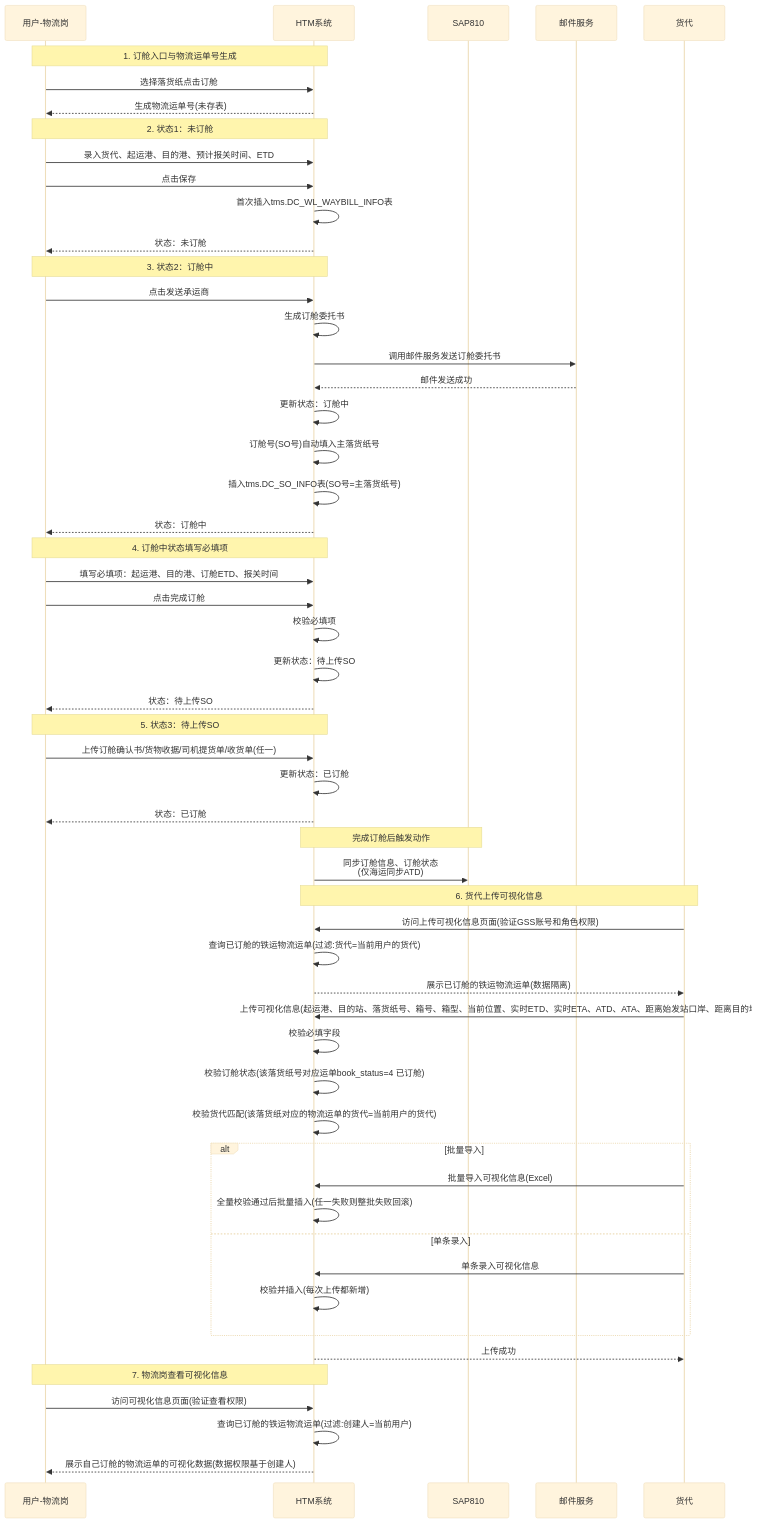
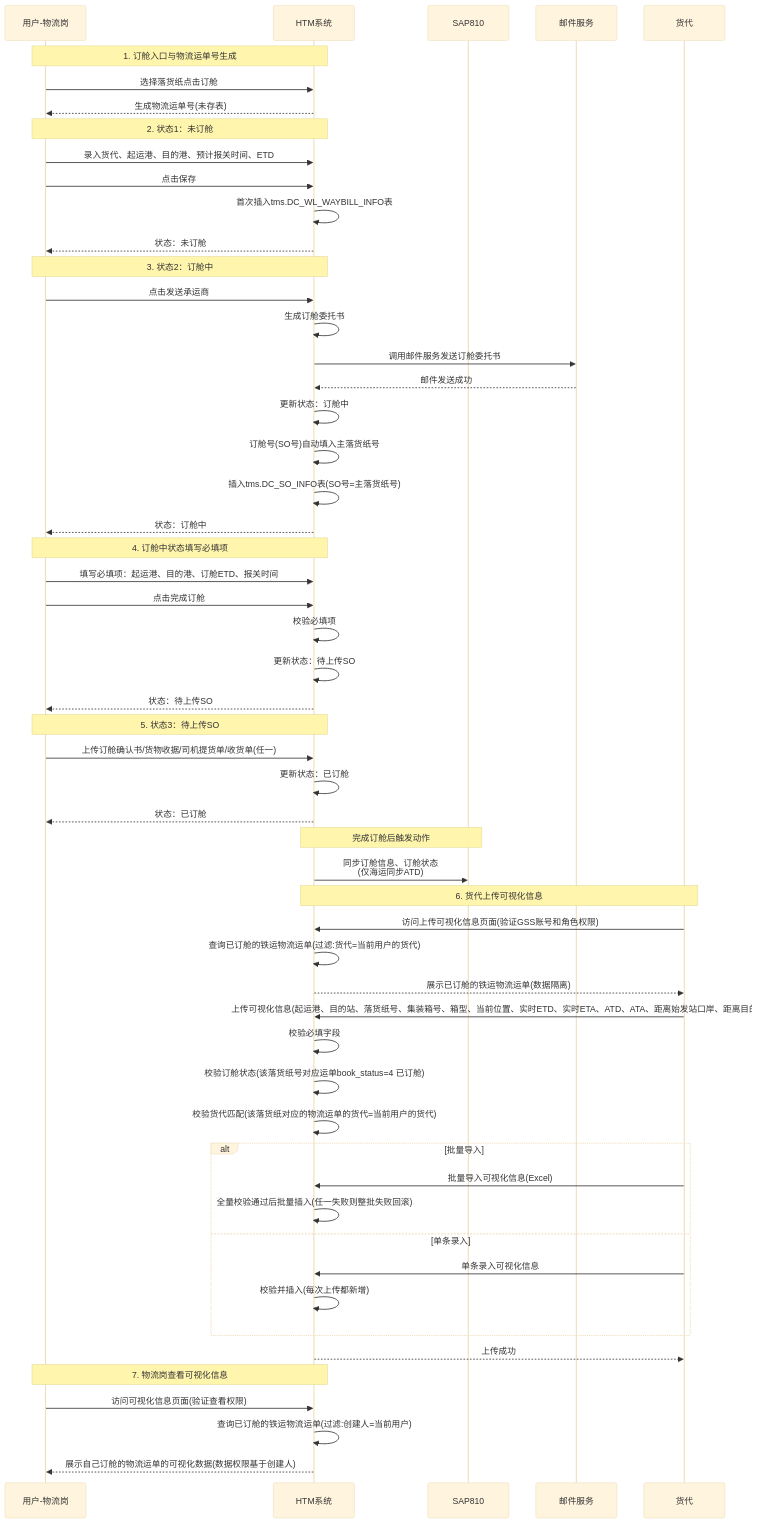
The first of 4 diagrams in Desktop/HTM/中远海/00-HTM功能汇总/02-订舱管理-铁运订舱管理.md (bdgoodbr/xuyou), drawn with Mermaid (base theme) before and after one commit. The commit also changed other lines of this file and 1 other file, not shown here.

````diff
--- a/Desktop/HTM/中远海/00-HTM功能汇总/02-订舱管理-铁运订舱管理.md
+++ b/Desktop/HTM/中远海/00-HTM功能汇总/02-订舱管理-铁运订舱管理.md
@@ -1278,65 +1280,65 @@
 ```mermaid
 sequenceDiagram
     participant U as 用户-物流岗
     participant HTM as HTM系统
     participant SAP as SAP810
     participant Mail as 邮件服务
     participant Carrier as 货代
 
     Note over U,HTM: 1. 订舱入口与物流运单号生成
     U->>HTM: 选择落货纸点击订舱
     HTM-->>U: 生成物流运单号(未存表)
     
     Note over U,HTM: 2. 状态1：未订舱
     U->>HTM: 录入货代、起运港、目的港、预计报关时间、ETD
     U->>HTM: 点击保存
     HTM->>HTM: 首次插入tms.DC_WL_WAYBILL_INFO表
     HTM-->>U: 状态：未订舱
     
     Note over U,HTM: 3. 状态2：订舱中
     U->>HTM: 点击发送承运商
     HTM->>HTM: 生成订舱委托书
     HTM->>Mail: 调用邮件服务发送订舱委托书
     Mail-->>HTM: 邮件发送成功
     HTM->>HTM: 更新状态：订舱中
     HTM->>HTM: 订舱号(SO号)自动填入主落货纸号
     HTM->>HTM: 插入tms.DC_SO_INFO表(SO号=主落货纸号)
     HTM-->>U: 状态：订舱中
     
     Note over U,HTM: 4. 订舱中状态填写必填项
     U->>HTM: 填写必填项：起运港、目的港、订舱ETD、报关时间
     U->>HTM: 点击完成订舱
     HTM->>HTM: 校验必填项
     HTM->>HTM: 更新状态：待上传SO
     HTM-->>U: 状态：待上传SO
     
     Note over U,HTM: 5. 状态3：待上传SO
     U->>HTM: 上传订舱确认书/货物收据/司机提货单/收货单(任一)
     HTM->>HTM: 更新状态：已订舱
     HTM-->>U: 状态：已订舱
     
     Note over HTM,SAP: 完成订舱后触发动作
     HTM->>SAP: 同步订舱信息、订舱状态<br/>(仅海运同步ATD)
     
     Note over Carrier,HTM: 6. 货代上传可视化信息
     Carrier->>HTM: 访问上传可视化信息页面(验证GSS账号和角色权限)
     HTM->>HTM: 查询已订舱的铁运物流运单(过滤:货代=当前用户的货代)
     HTM-->>Carrier: 展示已订舱的铁运物流运单(数据隔离)
-    Carrier->>HTM: 上传可视化信息(起运港、目的站、落货纸号、箱号、箱型、当前位置、实时ETD、实时ETA、ATD、ATA、距离始发站口岸、距离目的地)
+    Carrier->>HTM: 上传可视化信息(起运港、目的站、落货纸号、集装箱号、箱型、当前位置、实时ETD、实时ETA、ATD、ATA、距离始发站口岸、距离目的地)
     HTM->>HTM: 校验必填字段
     HTM->>HTM: 校验订舱状态(该落货纸号对应运单book_status=4 已订舱)
     HTM->>HTM: 校验货代匹配(该落货纸对应的物流运单的货代=当前用户的货代)
         alt 批量导入
             Carrier->>HTM: 批量导入可视化信息(Excel)
             HTM->>HTM: 全量校验通过后批量插入(任一失败则整批失败回滚)
     else 单条录入
         Carrier->>HTM: 单条录入可视化信息
         HTM->>HTM: 校验并插入(每次上传都新增)
     end
     HTM-->>Carrier: 上传成功
     
     Note over U,HTM: 7. 物流岗查看可视化信息
     U->>HTM: 访问可视化信息页面(验证查看权限)
     HTM->>HTM: 查询已订舱的铁运物流运单(过滤:创建人=当前用户)
     HTM-->>U: 展示自己订舱的物流运单的可视化数据(数据权限基于创建人)
 ```
````
